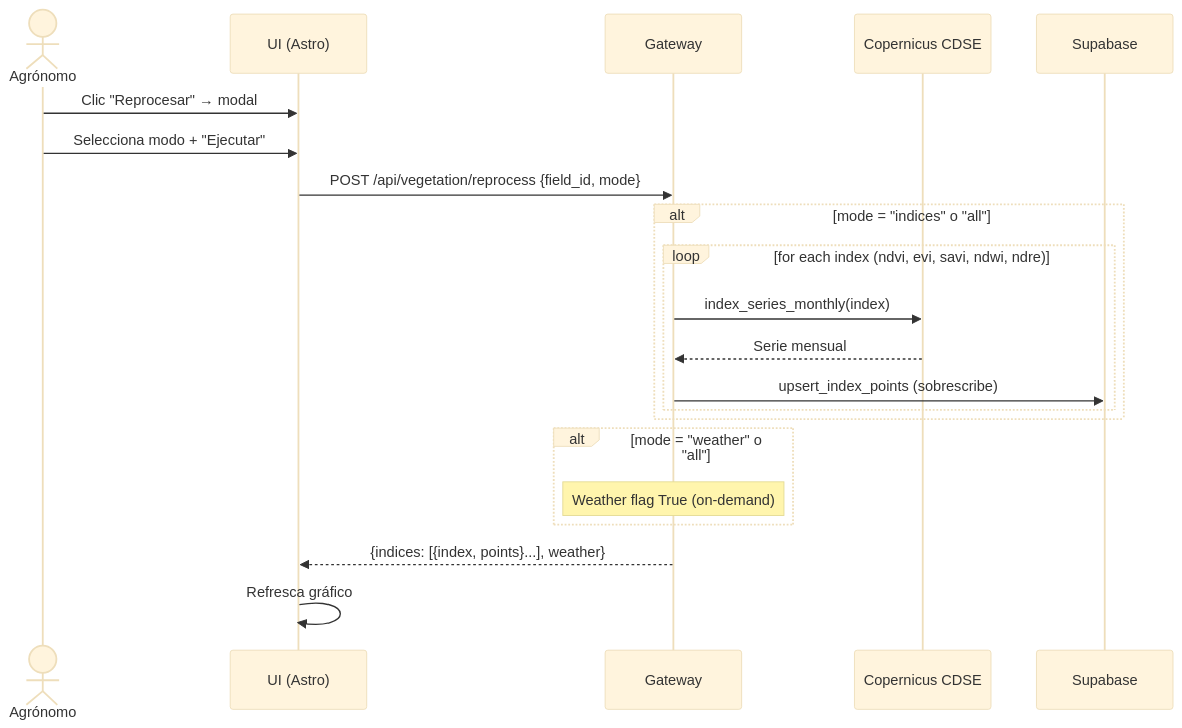
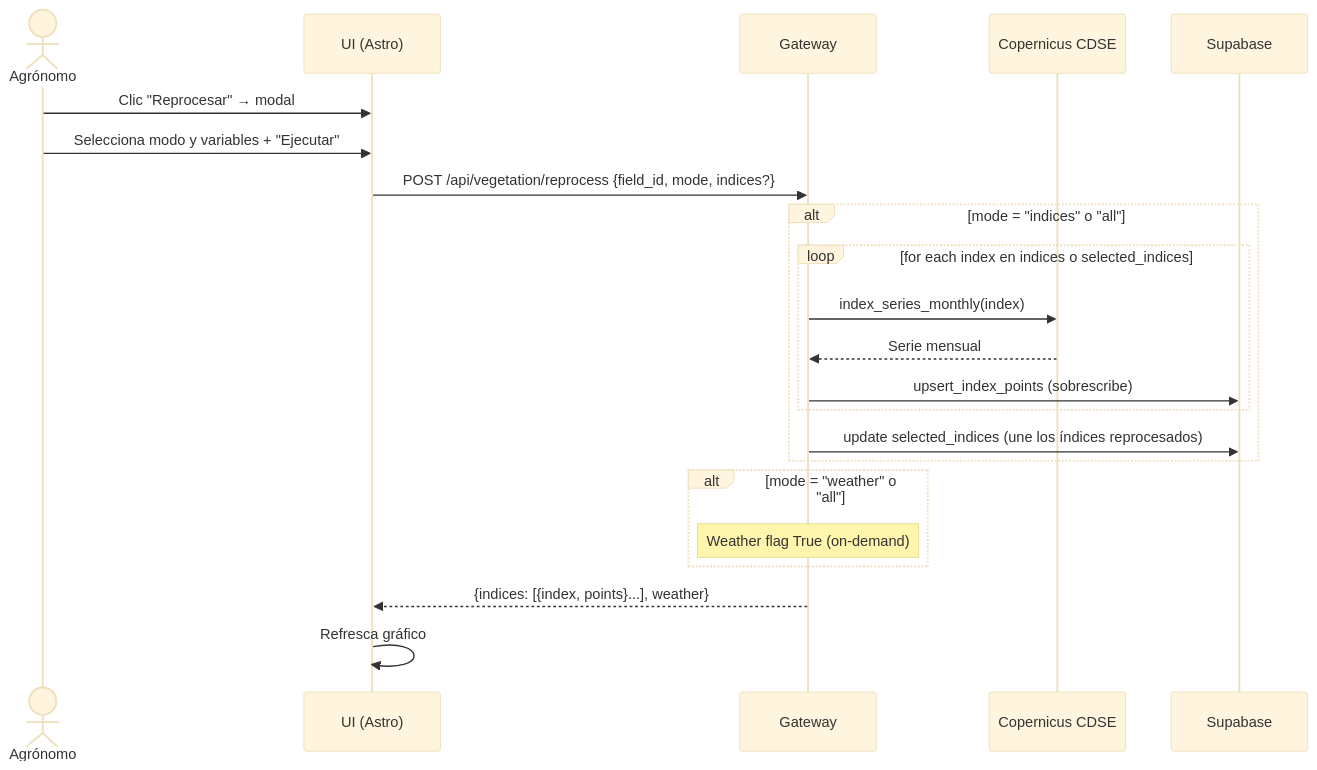
Before and after one commit to AlexPrietoRomani/AgroVision: the seventh of 12 diagrams in docs/architect/architecture_agrovision.md, drawn with Mermaid (base theme). The commit also changed other lines of this file, not shown here.

First line of the commit message:
docs(arch): documentar selección y expansión incremental de índices

````diff
--- a/docs/architect/architecture_agrovision.md
+++ b/docs/architect/architecture_agrovision.md
@@ -329,24 +342,25 @@
 ```mermaid
 sequenceDiagram
     actor U as Agrónomo
     participant C as UI (Astro)
     participant G as Gateway
     participant COP as Copernicus CDSE
     participant DB as Supabase
 
     U->>C: Clic "Reprocesar" → modal
-    U->>C: Selecciona modo + "Ejecutar"
-    C->>G: POST /api/vegetation/reprocess {field_id, mode}
+    U->>C: Selecciona modo y variables + "Ejecutar"
+    C->>G: POST /api/vegetation/reprocess {field_id, mode, indices?}
     alt mode = "indices" o "all"
-        loop for each index (ndvi, evi, savi, ndwi, ndre)
+        loop for each index en indices o selected_indices
             G->>COP: index_series_monthly(index)
             COP-->>G: Serie mensual
             G->>DB: upsert_index_points (sobrescribe)
         end
+        G->>DB: update selected_indices (une los índices reprocesados)
     end
     alt mode = "weather" o "all"
         Note over G: Weather flag True (on-demand)
     end
     G-->>C: {indices: [{index, points}...], weather}
     C->>C: Refresca gráfico
 ```
````
